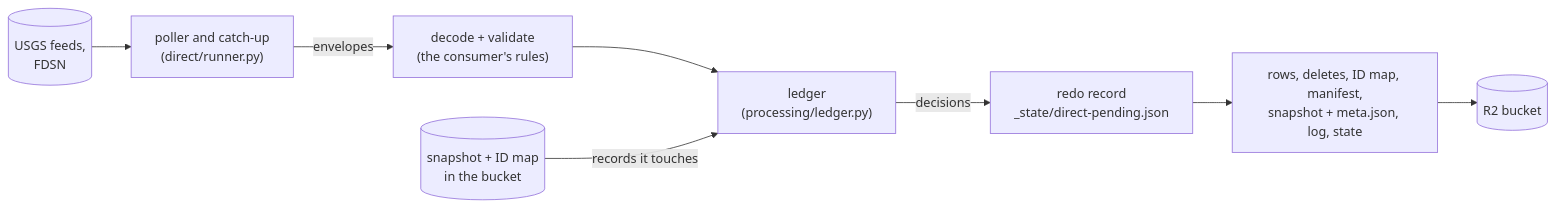
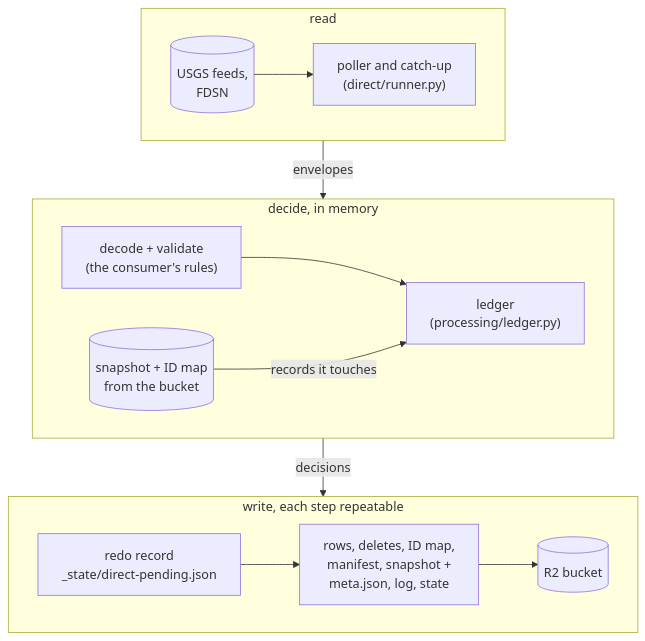
Before and after one commit to dienarvaez1/earth-hub: the fourth of 8 diagrams in docs/technical/architecture.md, drawn with Mermaid. The commit also changed other lines of this file and 2 other files, not shown here.

First line of the commit message:
docs: lay out the flowcharts and state diagrams near square

````diff
--- a/docs/technical/architecture.md
+++ b/docs/technical/architecture.md
@@ -233,10 +233,19 @@
 ```mermaid
-flowchart LR
-    feed[("USGS feeds,<br/>FDSN")] --> runner["poller and catch-up<br/>(direct/runner.py)"]
-    runner -- "envelopes" --> validate["decode + validate<br/>(the consumer's rules)"]
-    validate --> ledger["ledger<br/>(processing/ledger.py)"]
-    snap[("snapshot + ID map<br/>in the bucket")] -- "records it touches" --> ledger
-    ledger -- "decisions" --> redo["redo record<br/>_state/direct-pending.json"]
-    redo --> writes["rows, deletes, ID map, manifest,<br/>snapshot + meta.json, log, state"]
-    writes --> bucket[("R2 bucket")]
+flowchart TB
+    subgraph read["read"]
+        direction LR
+        feed[("USGS feeds,<br/>FDSN")] --> runner["poller and catch-up<br/>(direct/runner.py)"]
+    end
+    subgraph decide["decide, in memory"]
+        direction LR
+        validate["decode + validate<br/>(the consumer's rules)"] --> ledger["ledger<br/>(processing/ledger.py)"]
+        snap[("snapshot + ID map<br/>from the bucket")] -- "records it touches" --> ledger
+    end
+    subgraph write["write, each step repeatable"]
+        direction LR
+        redo["redo record<br/>_state/direct-pending.json"] --> writes["rows, deletes, ID map,<br/>manifest, snapshot +<br/>meta.json, log, state"]
+        writes --> bucket[("R2 bucket")]
+    end
+    read -- "envelopes" --> decide
+    decide -- "decisions" --> write
 ```
````
